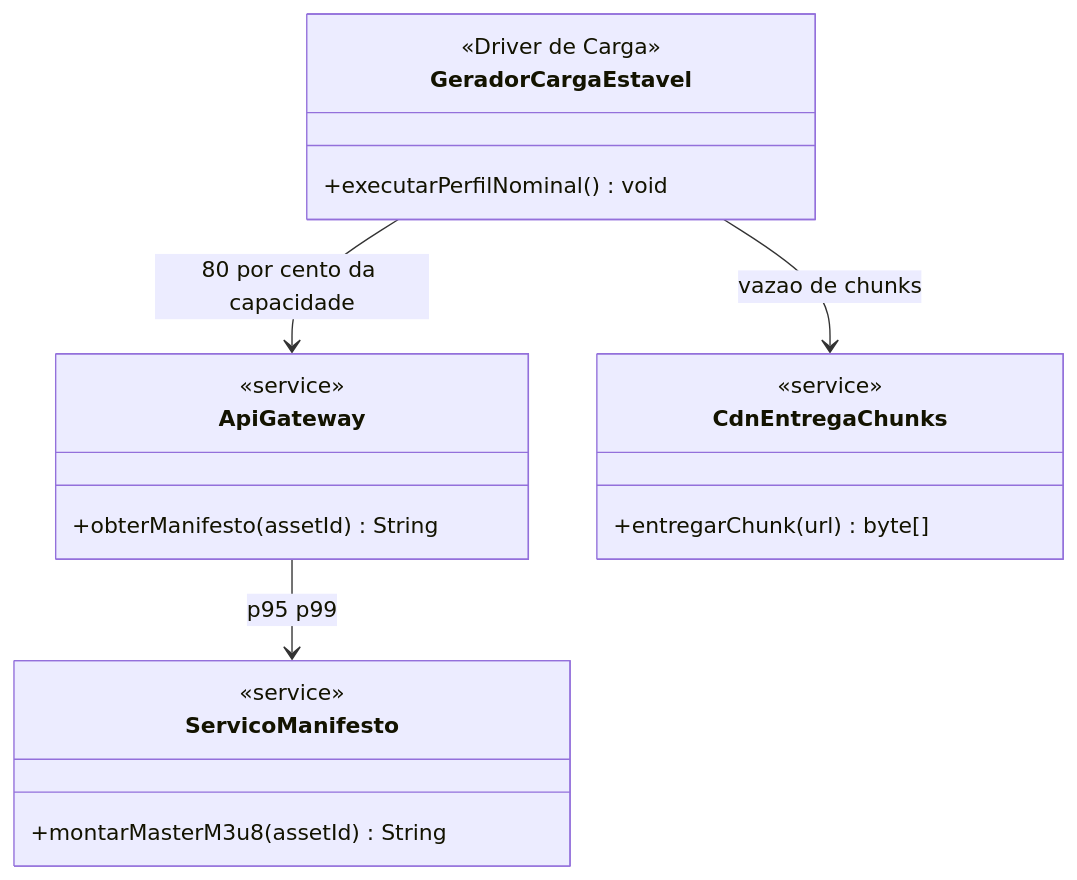
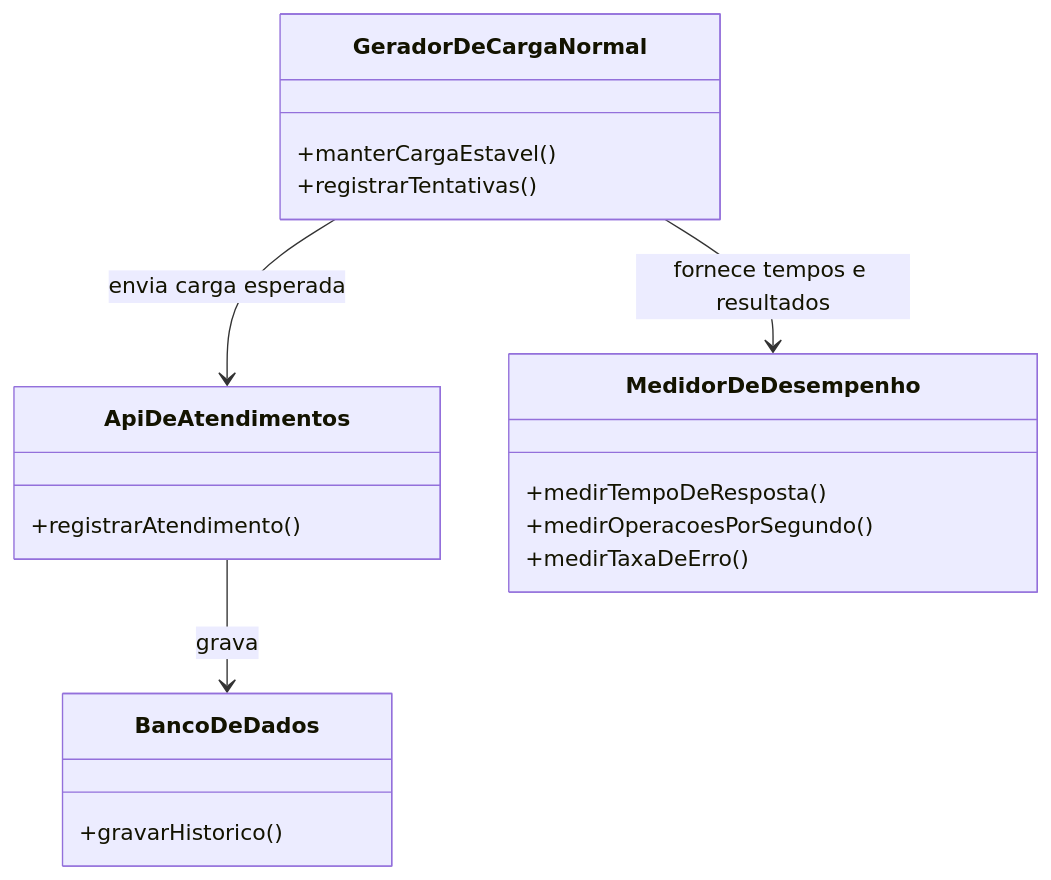
Diagram 14 of 14 in README.md (DiogoBAguiar/atividade-testes-software), drawn with Mermaid before and after one commit. The commit also changed other lines of this file and 37 other files, not shown here.

````diff
--- a/README.md
+++ b/README.md
@@ -959,26 +455,22 @@
 ```mermaid
 classDiagram
-    class GeradorCargaEstavel {
-        <<Driver de Carga>>
-        +executarPerfilNominal() void
+    class GeradorDeCargaNormal {
+        +manterCargaEstavel()
+        +registrarTentativas()
+    }
+    class ApiDeAtendimentos {
+        +registrarAtendimento()
+    }
+    class BancoDeDados {
+        +gravarHistorico()
+    }
+    class MedidorDeDesempenho {
+        +medirTempoDeResposta()
+        +medirOperacoesPorSegundo()
+        +medirTaxaDeErro()
     }
 
-    class ApiGateway {
-        <<service>>
-        +obterManifesto(assetId) String
-    }
-
-    class ServicoManifesto {
-        <<service>>
-        +montarMasterM3u8(assetId) String
-    }
-
-    class CdnEntregaChunks {
-        <<service>>
-        +entregarChunk(url) byte[]
-    }
-
-    GeradorCargaEstavel --> ApiGateway : 80 por cento da capacidade
-    ApiGateway --> ServicoManifesto : p95 p99
-    GeradorCargaEstavel --> CdnEntregaChunks : vazao de chunks
+    GeradorDeCargaNormal --> ApiDeAtendimentos : envia carga esperada
+    ApiDeAtendimentos --> BancoDeDados : grava
+    GeradorDeCargaNormal --> MedidorDeDesempenho : fornece tempos e resultados
 ```
````
